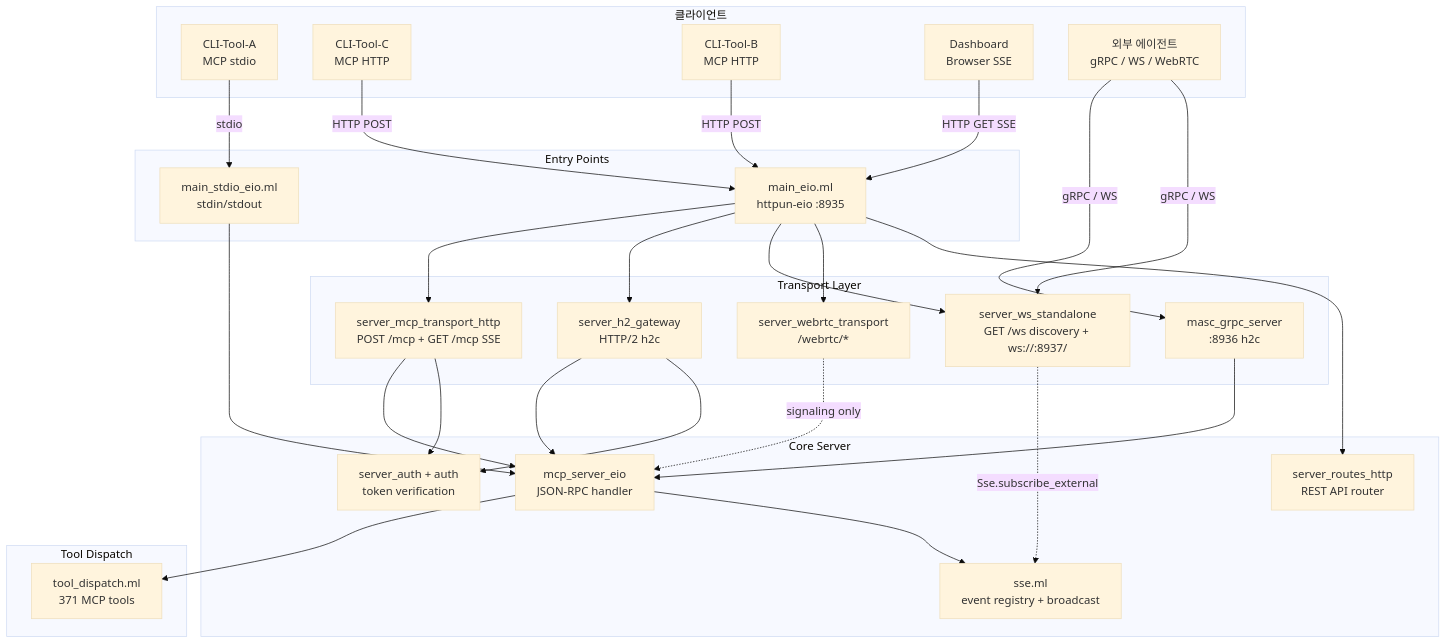
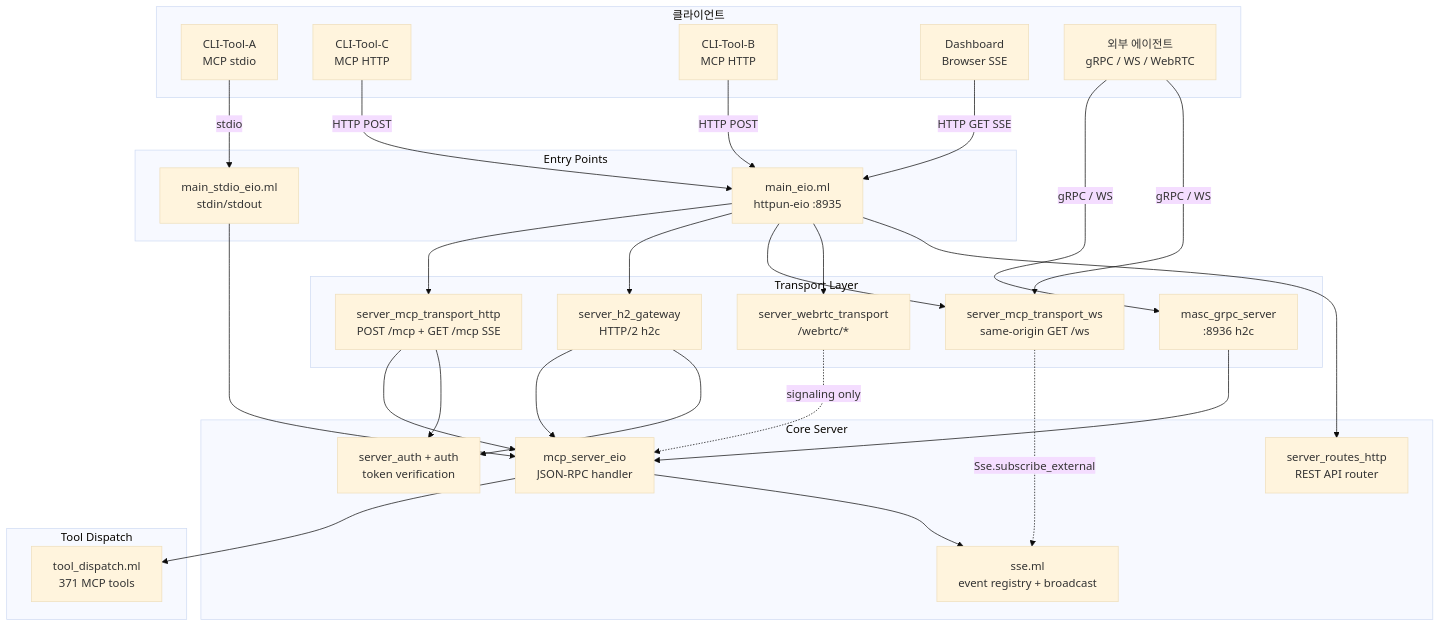
One commit to jeong-sik/masc changed the first of 3 diagrams in docs/spec/09-server-transport.md. Above: the diagram before and after it, drawn with Mermaid (base theme). The commit also changed other lines of this file and 162 other files, not shown here.

Commit message:
fix(server): enforce credential-bound transport lifecycles

````diff
--- a/docs/spec/09-server-transport.md
+++ b/docs/spec/09-server-transport.md
@@ -44,53 +46,53 @@
 ```mermaid
 graph TB
     subgraph Clients["클라이언트"]
         CC[CLI-Tool-A<br/>MCP stdio]
         GC[CLI-Tool-C<br/>MCP HTTP]
         CX[CLI-Tool-B<br/>MCP HTTP]
         DB[Dashboard<br/>Browser SSE]
         EXT[외부 에이전트<br/>gRPC / WS / WebRTC]
     end
 
     subgraph EntryPoints["Entry Points"]
         STDIO[main_stdio_eio.ml<br/>stdin/stdout]
         HTTP[main_eio.ml<br/>httpun-eio :8935]
     end
 
     subgraph TransportLayer["Transport Layer"]
         MCP_HTTP[server_mcp_transport_http<br/>POST /mcp + GET /mcp SSE]
         H2_GW[server_h2_gateway<br/>HTTP/2 h2c]
-        WS_T[server_ws_standalone<br/>GET /ws discovery + ws://:8937/]
+        WS_T[server_mcp_transport_ws<br/>same-origin GET /ws]
         GRPC_S[masc_grpc_server<br/>:8936 h2c]
         WEBRTC[server_webrtc_transport<br/>/webrtc/*]
     end
 
     subgraph CoreServer["Core Server"]
         MCP_EIO[mcp_server_eio<br/>JSON-RPC handler]
         SSE_MOD[sse.ml<br/>event registry + broadcast]
         AUTH[server_auth + auth<br/>token verification]
         ROUTES[server_routes_http<br/>REST API router]
     end
 
     subgraph Dispatch["Tool Dispatch"]
         TD[tool_dispatch.ml<br/>371 MCP tools]
     end
 
     CC -->|stdio| STDIO
     GC -->|HTTP POST| HTTP
     CX -->|HTTP POST| HTTP
     DB -->|HTTP GET SSE| HTTP
     EXT -->|gRPC / WS| GRPC_S & WS_T
 
     STDIO --> MCP_EIO
     HTTP --> MCP_HTTP & H2_GW & WS_T & WEBRTC & ROUTES
     MCP_HTTP --> MCP_EIO
     H2_GW --> MCP_EIO
     WS_T -.->|Sse.subscribe_external| SSE_MOD
     GRPC_S --> MCP_EIO
     WEBRTC -.->|signaling only| MCP_EIO
 
     MCP_EIO --> TD
     MCP_EIO --> SSE_MOD
     MCP_HTTP --> AUTH
     H2_GW --> AUTH
 ```
````
